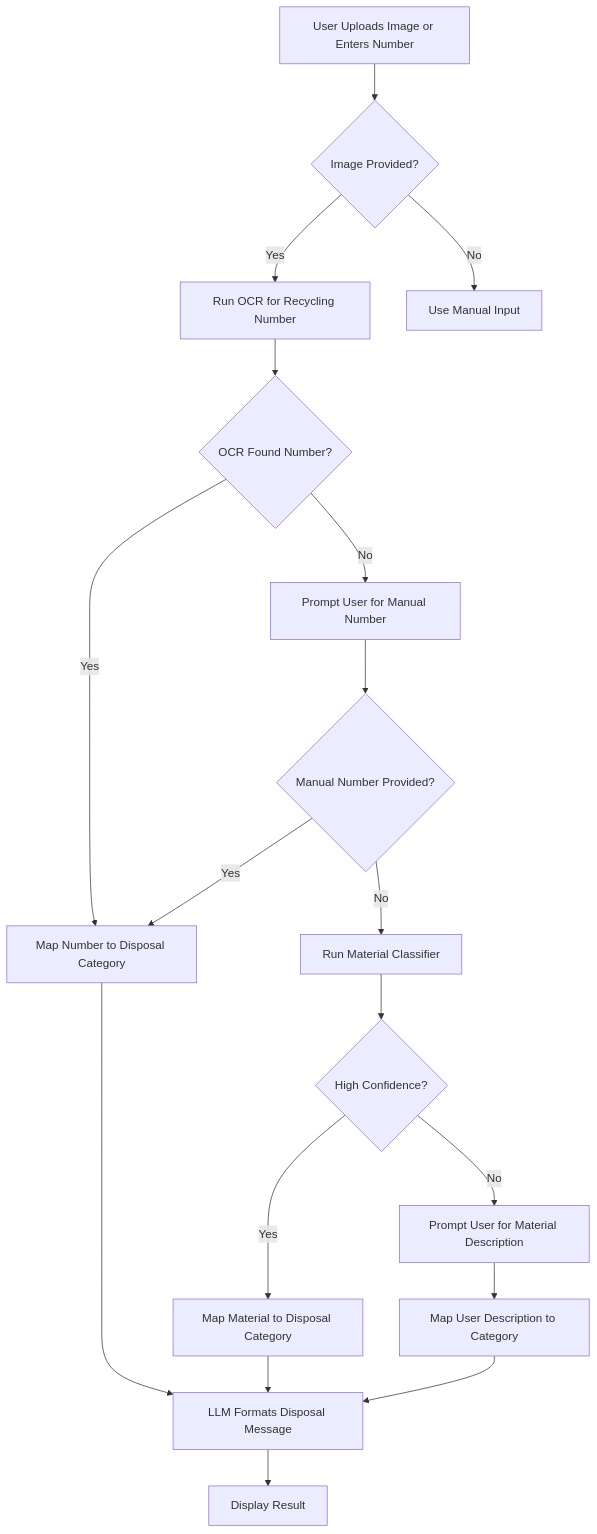
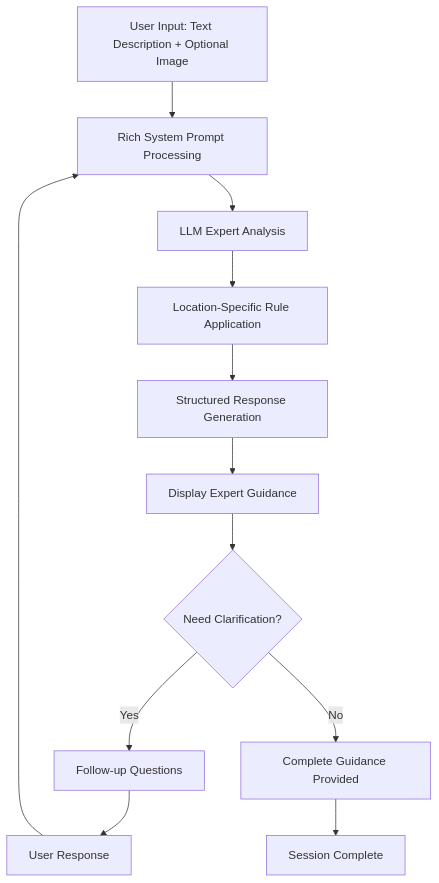
Before and after one commit to Peleke/recyclai: the diagram in README.md, drawn with Mermaid. The commit also changed other lines of this file and 5 other files, not shown here.

First line of the commit message:
doc: Add architecture documentation and project setup

````diff
--- a/README.md
+++ b/README.md
@@ -52,27 +87,15 @@
 ```mermaid
 flowchart TD
+    A[User Input: Text Description + Optional Image] --> B[Rich System Prompt Processing]
+    B --> C[LLM Expert Analysis]
+    C --> D[Location-Specific Rule Application]
+    D --> E[Structured Response Generation]
+    E --> F[Display Expert Guidance]
 
-A[User Uploads Image or Enters Number] --> B{Image Provided?}
-B -->|Yes| C[Run OCR for Recycling Number]
-B -->|No| D[Use Manual Input]
+    F --> G{Need Clarification?}
+    G -->|Yes| H[Follow-up Questions]
+    G -->|No| I[Complete Guidance Provided]
 
-C --> E{OCR Found Number?}
-E -->|Yes| F[Map Number to Disposal Category]
-E -->|No| G[Prompt User for Manual Number]
-
-G --> H{Manual Number Provided?}
-H -->|Yes| F
-H -->|No| I[Run Material Classifier]
-
-I --> J{High Confidence?}
-J -->|Yes| K[Map Material to Disposal Category]
-J -->|No| L[Prompt User for Material Description]
-
-L --> M[Map User Description to Category]
-
-F --> N[LLM Formats Disposal Message]
-K --> N
-M --> N
-
-N --> O[Display Result]
+    H --> J[User Response] --> B
+    I --> K[Session Complete]
 ```
````
